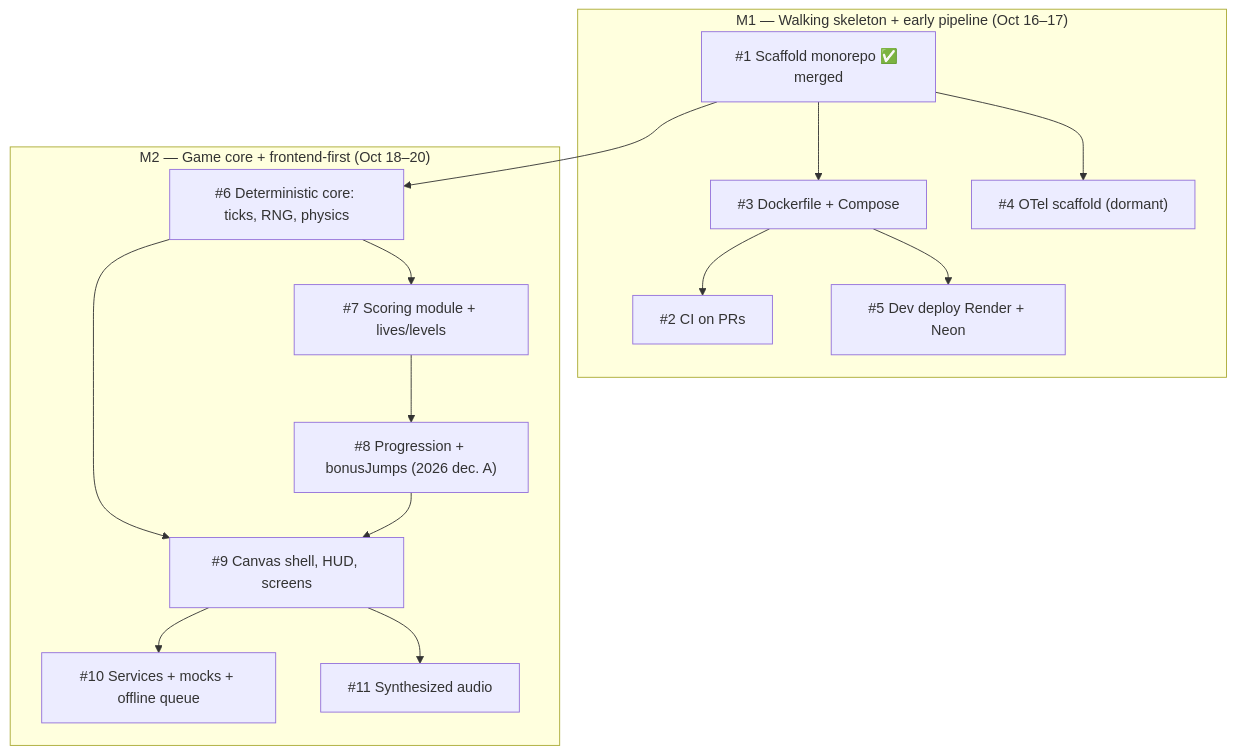
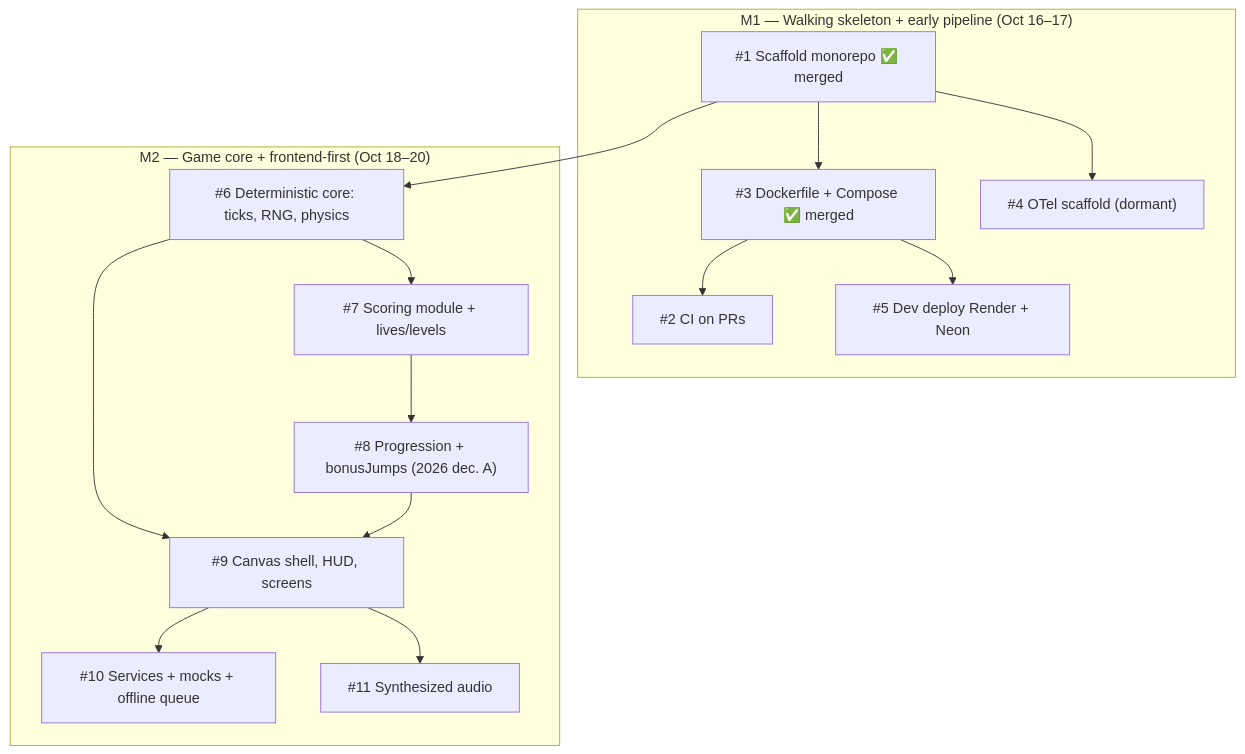
Before and after one commit to lucapug/clown-circus-reloaded: the diagram in _docs/backlog.md, drawn with Mermaid. The commit also changed 1 other file, not shown here.

Commit message:
Close out cycle #3: PR #13 merged, #3 done in backlog map, diary update

````diff
--- a/_docs/backlog.md
+++ b/_docs/backlog.md
@@ -7,32 +7,32 @@
 ```mermaid
 graph TD
     subgraph M1["M1 — Walking skeleton + early pipeline (Oct 16–17)"]
         I1["#1 Scaffold monorepo ✅ merged"]
     I2["#2 CI on PRs"]
-    I3["#3 Dockerfile + Compose"]
+        I3["#3 Dockerfile + Compose ✅ merged"]
     I4["#4 OTel scaffold (dormant)"]
     I5["#5 Dev deploy Render + Neon"]
     end
 
     subgraph M2["M2 — Game core + frontend-first (Oct 18–20)"]
         I6["#6 Deterministic core: ticks, RNG, physics"]
         I7["#7 Scoring module + lives/levels"]
         I8["#8 Progression + bonusJumps (2026 dec. A)"]
         I9["#9 Canvas shell, HUD, screens"]
         I10["#10 Services + mocks + offline queue"]
         I11["#11 Synthesized audio"]
     end
 
     I1 --> I3
     I1 --> I4
     I3 --> I2
     I3 --> I5
 
     I1 --> I6
     I6 --> I7
     I7 --> I8
     I6 --> I9
     I8 --> I9
     I9 --> I10
     I9 --> I11
 ```
````
